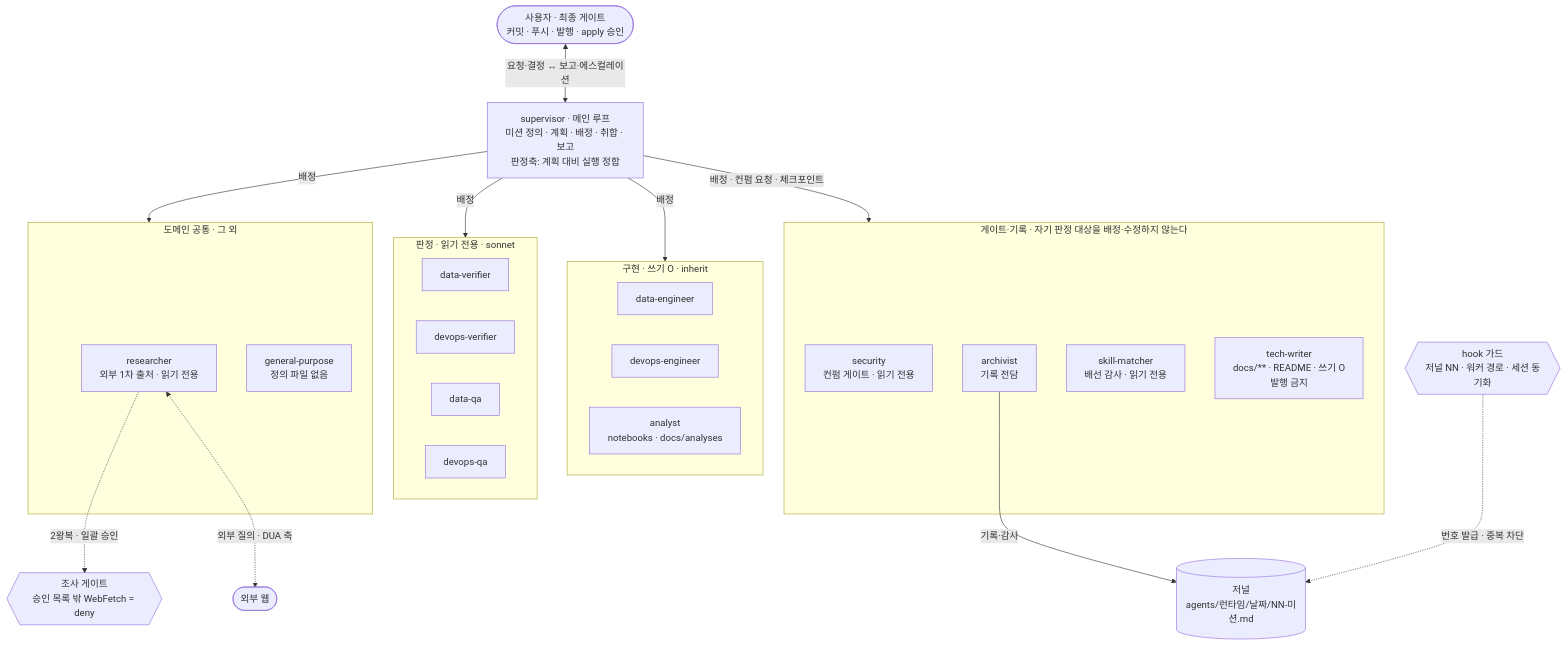
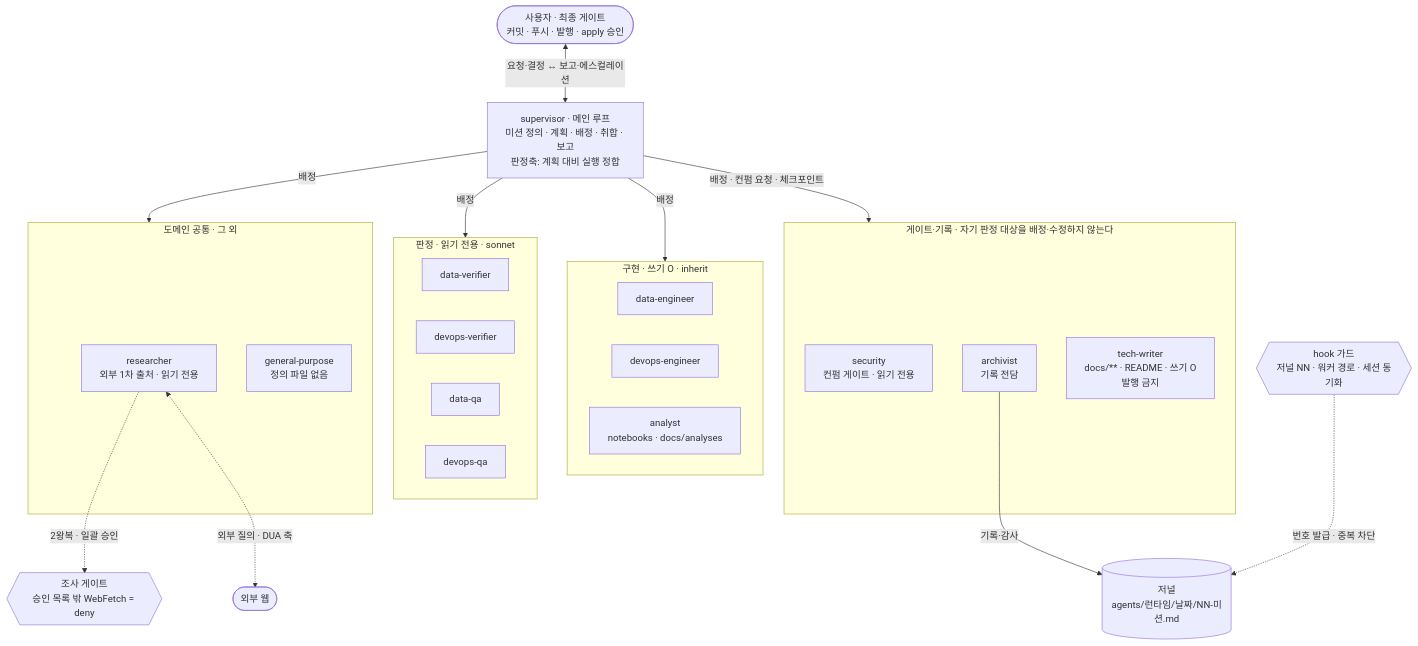
The diagram in docs/conventions/agents.md (Melting-Face/pipeline-study), drawn with Mermaid before and after one commit. The commit also changed other lines of this file and 27 other files, not shown here.

````diff
--- a/docs/conventions/agents.md
+++ b/docs/conventions/agents.md
@@ -33,45 +33,44 @@
 ```mermaid
 flowchart TB
     U(["사용자 · 최종 게이트<br/>커밋 · 푸시 · 발행 · apply 승인"])
     SUP["supervisor · 메인 루프<br/>미션 정의 · 계획 · 배정 · 취합 · 보고<br/>판정축: 계획 대비 실행 정합"]
 
     subgraph impl["구현 · 쓰기 O · inherit"]
         DE["data-engineer"]
         OE["devops-engineer"]
         AN["analyst<br/>notebooks · docs/analyses"]
     end
 
     subgraph judge["판정 · 읽기 전용 · sonnet"]
         DV["data-verifier"]
         OV["devops-verifier"]
         DQ["data-qa"]
         OQ["devops-qa"]
     end
 
     subgraph outside["게이트·기록 · 자기 판정 대상을 배정·수정하지 않는다"]
         SEC["security<br/>컨펌 게이트 · 읽기 전용"]
         ARC["archivist<br/>기록 전담"]
-        SKM["skill-matcher<br/>배선 감사 · 읽기 전용"]
         TW["tech-writer<br/>docs/** · README · 쓰기 O<br/>발행 금지"]
     end
 
     subgraph common["도메인 공통 · 그 외"]
         RES["researcher<br/>외부 1차 출처 · 읽기 전용"]
         GP["general-purpose<br/>정의 파일 없음"]
     end
 
     WEB(["외부 웹"])
     JR[("저널<br/>agents/런타임/날짜/NN-미션.md")]
     HOOK{{"hook 가드<br/>저널 NN · 워커 경로 · 세션 동기화"}}
     GATE{{"조사 게이트<br/>승인 목록 밖 WebFetch = deny"}}
 
     U <-->|"요청·결정 ↔ 보고·에스컬레이션"| SUP
     SUP -->|배정| impl
     SUP -->|배정| judge
     SUP -->|"배정 · 컨펌 요청 · 체크포인트"| outside
     SUP -->|배정| common
     RES -.->|"2왕복 · 일괄 승인"| GATE
     RES <-.->|"외부 질의 · DUA 축"| WEB
     ARC -->|기록·감사| JR
     HOOK -.->|"번호 발급 · 중복 차단"| JR
 ```
````
